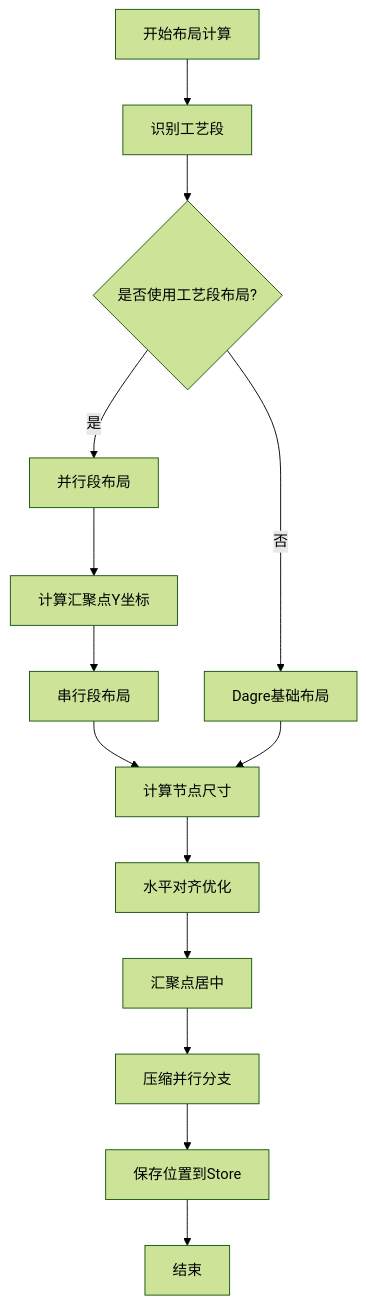
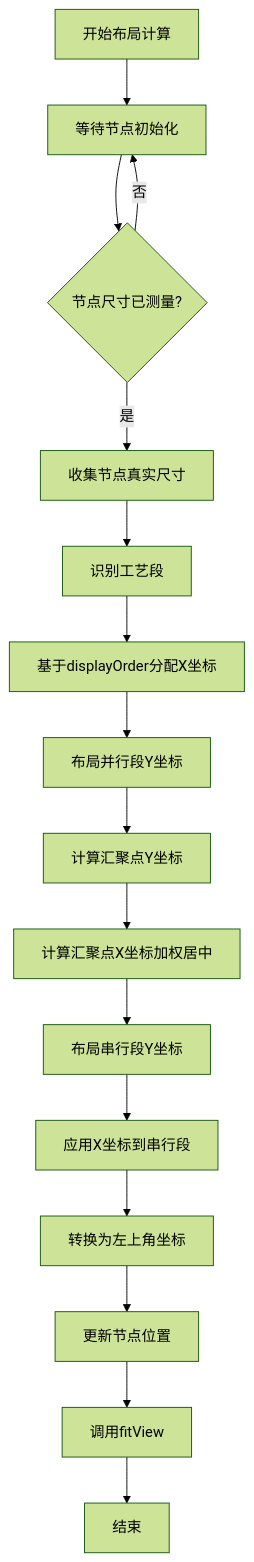
The first of 2 diagrams in AUTO_LAYOUT_ALGORITHM.md (doctorcotton/MES---), drawn with Mermaid (forest theme) before and after one commit. The commit also changed other lines of this file and 20 other files, not shown here.

Commit message:
完成绘图重构

````diff
--- a/AUTO_LAYOUT_ALGORITHM.md
+++ b/AUTO_LAYOUT_ALGORITHM.md
@@ -48,16 +72,18 @@
 ```mermaid
 flowchart TD
-    A[开始布局计算] --> B[识别工艺段]
-    B --> C{是否使用工艺段布局?}
-    C -->|是| D[并行段布局]
-    C -->|否| E[Dagre基础布局]
-    D --> F[计算汇聚点Y坐标]
-    F --> G[串行段布局]
-    G --> H[计算节点尺寸]
-    H --> I[水平对齐优化]
-    I --> J[汇聚点居中]
-    J --> K[压缩并行分支]
-    K --> L[保存位置到Store]
-    E --> H
-    L --> M[结束]
+    A[开始布局计算] --> B[等待节点初始化]
+    B --> C{节点尺寸已测量?}
+    C -->|否| B
+    C -->|是| D[收集节点真实尺寸]
+    D --> E[识别工艺段]
+    E --> F[基于displayOrder分配X坐标]
+    F --> G[布局并行段Y坐标]
+    G --> H[计算汇聚点Y坐标]
+    H --> I[计算汇聚点X坐标加权居中]
+    I --> J[布局串行段Y坐标]
+    J --> K[应用X坐标到串行段]
+    K --> L[转换为左上角坐标]
+    L --> M[更新节点位置]
+    M --> N[调用fitView]
+    N --> O[结束]
 ```
````
